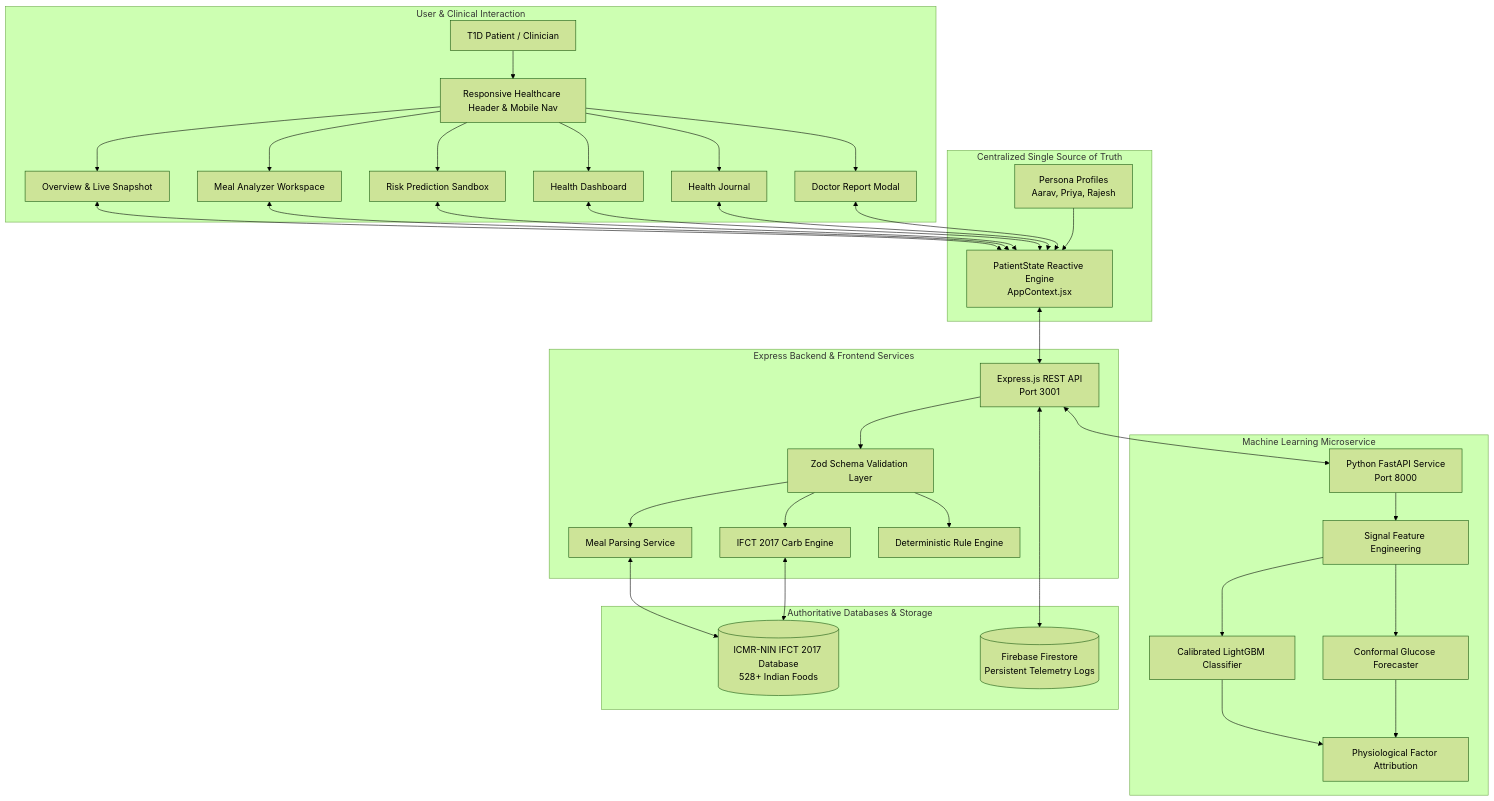
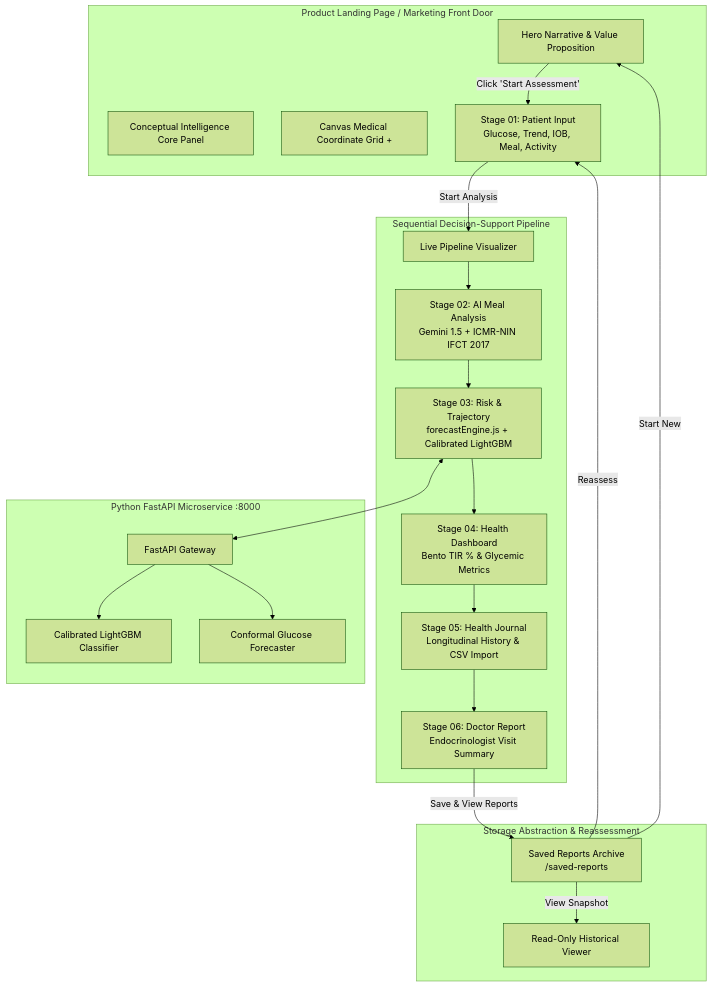
One commit to badgujarkunal93-blip/GlucoSaathi changed the diagram in DETAILED_REPORT.md. Above: the diagram before and after it, drawn with Mermaid (forest theme). The commit also changed other lines of this file and 1 other file, not shown here.

Commit message:
docs: update DETAILED_REPORT.md and README.md with complete architecture, dynamic trajectory engine, saved reports workflow and Vercel guide

````diff
--- a/DETAILED_REPORT.md
+++ b/DETAILED_REPORT.md
@@ -81,54 +61,35 @@
 ```mermaid
 flowchart TB
-    subgraph USER_LAYER [User & Clinical Interaction]
-        U[T1D Patient / Clinician]
-        NAV[Responsive Healthcare Header & Mobile Nav]
-        OVERVIEW[Overview & Live Snapshot]
-        MEAL_UI[Meal Analyzer Workspace]
-        RISK_UI[Risk Prediction Sandbox]
-        DASH_UI[Health Dashboard]
-        JOURNAL_UI[Health Journal]
-        REPORT_UI[Doctor Report Modal]
+    subgraph STAGE_00 [Product Landing Page / Marketing Front Door]
+        LP[Hero Narrative & Value Proposition]
+        CORE_VISUAL[Conceptual Intelligence Core Panel]
+        GRID[Canvas Medical Coordinate Grid +]
+        LP -->|Click 'Start Assessment'| STAGE_01
     end
 
-    subgraph STATE_LAYER [Centralized Single Source of Truth]
-        STATE[PatientState Reactive Engine<br/>AppContext.jsx]
-        PERSONA[Persona Profiles<br/>Aarav, Priya, Rajesh]
+    subgraph CLINICAL_PIPELINE [Sequential Decision-Support Pipeline]
+        STAGE_01[Stage 01: Patient Input<br/>Glucose, Trend, IOB, Meal, Activity]
+        STAGE_01 -->|Start Analysis| PROC[Live Pipeline Visualizer]
+        PROC --> STAGE_02[Stage 02: AI Meal Analysis<br/>Gemini 1.5 + ICMR-NIN IFCT 2017]
+        STAGE_02 --> STAGE_03[Stage 03: Risk & Trajectory<br/>forecastEngine.js + Calibrated LightGBM]
+        STAGE_03 --> STAGE_04[Stage 04: Health Dashboard<br/>Bento TIR % & Glycemic Metrics]
+        STAGE_04 --> STAGE_05[Stage 05: Health Journal<br/>Longitudinal History & CSV Import]
+        STAGE_05 --> STAGE_06[Stage 06: Doctor Report<br/>Endocrinologist Visit Summary]
     end
 
-    subgraph APPLICATION_LAYER [Express Backend & Frontend Services]
-        EXPRESS[Express.js REST API<br/>Port 3001]
-        VAL[Zod Schema Validation Layer]
-        PARSE_SRV[Meal Parsing Service]
-        CARB_SRV[IFCT 2017 Carb Engine]
-        RISK_SRV[Deterministic Rule Engine]
+    subgraph ARCHIVE_LAYER [Storage Abstraction & Reassessment]
+        STAGE_06 -->|Save & View Reports| ARCHIVE[Saved Reports Archive<br/>/saved-reports]
+        ARCHIVE -->|View Snapshot| MODAL[Read-Only Historical Viewer]
+        ARCHIVE -->|Reassess| STAGE_01
+        ARCHIVE -->|Start New| LP
     end
 
-    subgraph ML_LAYER [Machine Learning Microservice]
-        FASTAPI[Python FastAPI Service<br/>Port 8000]
-        FEAT_ENG[Signal Feature Engineering]
+    subgraph ML_MICROSERVICE [Python FastAPI Microservice :8000]
+        FASTAPI[FastAPI Gateway]
         LGBM[Calibrated LightGBM Classifier]
-        FORECASTER[Conformal Glucose Forecaster]
-        SHAP_EXP[Physiological Factor Attribution]
+        CONF[Conformal Glucose Forecaster]
+        FASTAPI --> LGBM & CONF
     end
 
-    subgraph DATA_LAYER [Authoritative Databases & Storage]
-        IFCT[(ICMR-NIN IFCT 2017 Database<br/>528+ Indian Foods)]
-        FIREBASE[(Firebase Firestore<br/>Persistent Telemetry Logs)]
-    end
-
-    U --> NAV
-    NAV --> OVERVIEW & MEAL_UI & RISK_UI & DASH_UI & JOURNAL_UI & REPORT_UI
-    OVERVIEW & MEAL_UI & RISK_UI & DASH_UI & JOURNAL_UI & REPORT_UI <--> STATE
-    PERSONA --> STATE
-
-    STATE <--> EXPRESS
-    EXPRESS --> VAL
-    VAL --> PARSE_SRV & CARB_SRV & RISK_SRV
-    PARSE_SRV <--> IFCT
-    CARB_SRV <--> IFCT
-    
-    EXPRESS <--> FASTAPI
-    FASTAPI --> FEAT_ENG --> LGBM & FORECASTER --> SHAP_EXP
-    EXPRESS <--> FIREBASE
+    STAGE_03 <--> FASTAPI
 ```
````
